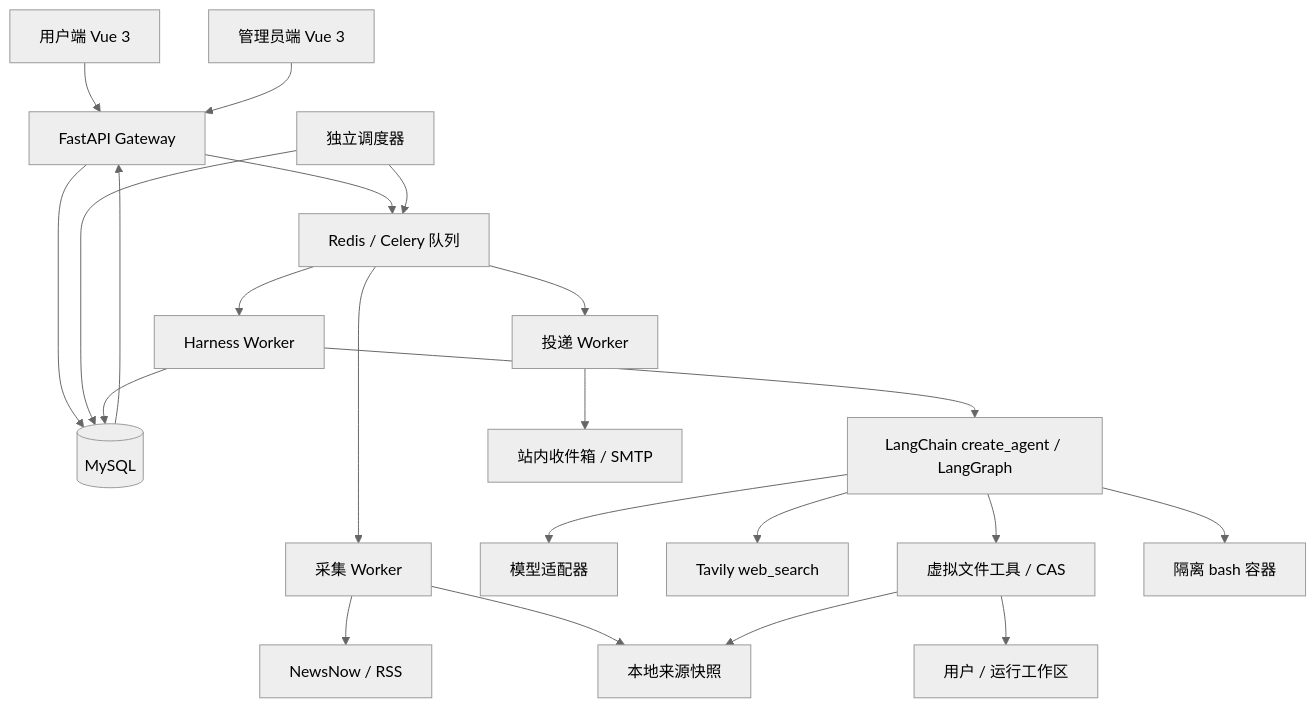
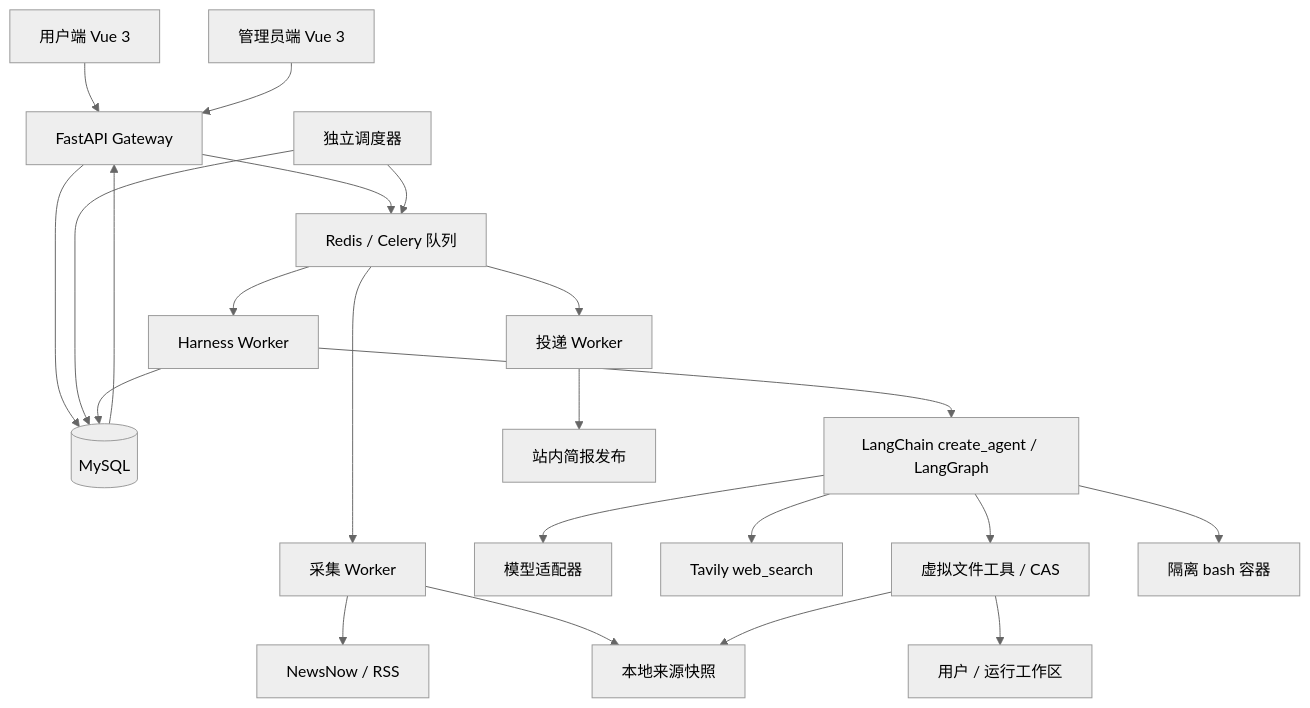
The diagram in docs/releases/v1.0.0/draft/spec/04-architecture.md (ZimaAI/zhigenews), drawn with Mermaid (neutral theme) before and after one commit. The commit also changed other lines of this file and 52 other files, not shown here.

````diff
--- a/docs/releases/v1.0.0/draft/spec/04-architecture.md
+++ b/docs/releases/v1.0.0/draft/spec/04-architecture.md
@@ -7,24 +7,24 @@
 ```mermaid
 flowchart TB
   U[用户端 Vue 3] --> G[FastAPI Gateway]
   A[管理员端 Vue 3] --> G
   G --> D[(MySQL)]
   G --> Q[Redis / Celery 队列]
   S[独立调度器] --> D
   S --> Q
   Q --> I[采集 Worker]
   Q --> H[Harness Worker]
   Q --> P[投递 Worker]
   I --> N[NewsNow / RSS]
   I --> F[本地来源快照]
   H --> L[LangChain create_agent / LangGraph]
   L --> M[模型适配器]
   L --> T[Tavily web_search]
   L --> V[虚拟文件工具 / CAS]
   L --> B[隔离 bash 容器]
   V --> F
   V --> W[用户 / 运行工作区]
   H --> D
-  P --> E[站内收件箱 / SMTP]
+  P --> E[站内简报发布]
   D --> G
 ```
````
